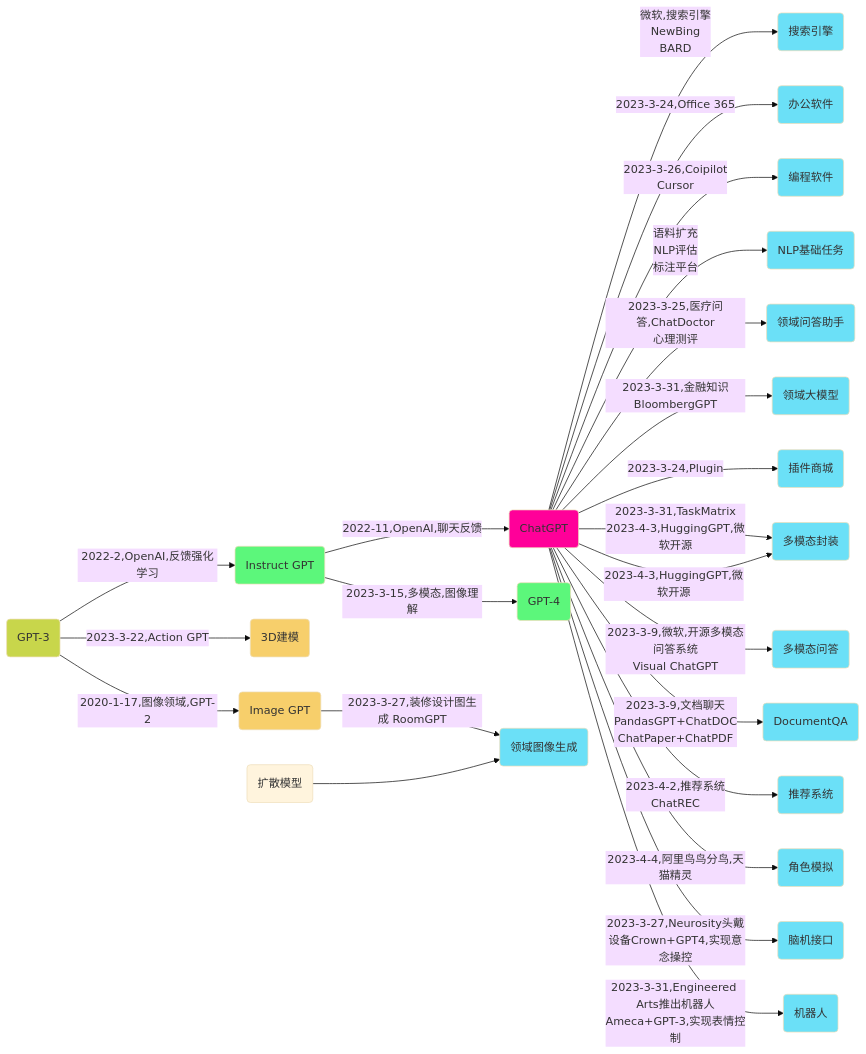
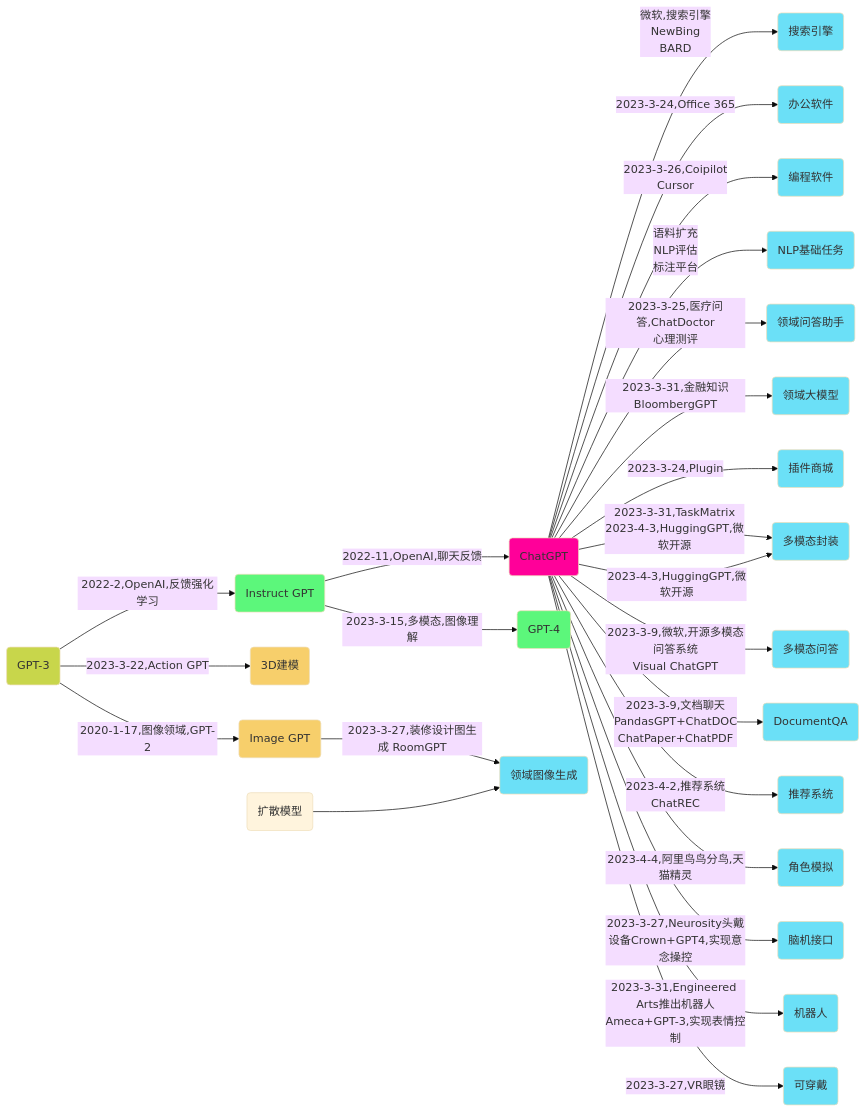
The diagram in _posts/2023-03-30-chatgpt-application.md (Gaohaoyang/gaohaoyang.github.io), drawn with Mermaid (base theme) before and after one commit. The commit also changed other lines of this file, not shown here.

Commit message:
可穿戴

```diff
--- a/_posts/2023-03-30-chatgpt-application.md
+++ b/_posts/2023-03-30-chatgpt-application.md
@@ -480,35 +479,36 @@
 <div class="mermaid">
     flowchart LR
     %% 节点颜色
     classDef red fill:#F09;
     classDef green fill:#5CF77B;
     classDef blue fill:#6BE0F7;
     classDef orange fill:#F7CF6B;
     classDef grass fill:#C8D64B;
     %%节点关系定义
     D(GPT-3):::grass
     D-->|2022-2,OpenAI,反馈强化学习|E(Instruct GPT):::green
     E-->|2022-11,OpenAI,聊天反馈|F(ChatGPT):::red
     E-->|2023-3-15,多模态,图像理解|G(GPT-4):::green
 
     D-->|2023-3-22,Action GPT|A(3D建模):::orange
     D-->|2020-1-17,图像领域,GPT-2|IG(Image GPT):::orange
 
     F-->|微软,搜索引擎\nNewBing\nBARD|F00(搜索引擎):::blue
     F-->|2023-3-24,Office 365|F01(办公软件):::blue
     F-->|2023-3-26,Coipilot\nCursor|F02(编程软件):::blue
     F-->|语料扩充\nNLP评估\n标注平台|F03(NLP基础任务):::blue
     F-->|2023-3-25,医疗问答,ChatDoctor\n心理测评|F1(领域问答助手):::blue
     IG-->|2023-3-27,装修设计图生成 RoomGPT|F2(领域图像生成):::blue
     V(扩散模型)-->F2
     F-->|2023-3-31,金融知识BloombergGPT|F3(领域大模型):::blue
     F-->|2023-3-24,Plugin|F4(插件商城):::blue
     F-->|2023-3-31,TaskMatrix\n2023-4-3,HuggingGPT,微软开源|F5(API驱动):::blue
     F-->|2023-4-3,HuggingGPT,微软开源|F5(多模态封装):::blue
     F-->|2023-3-9,微软,开源多模态问答系统\nVisual ChatGPT|F6(多模态问答):::blue
     F-->|2023-3-9,文档聊天\nPandasGPT+ChatDOC\nChatPaper+ChatPDF|F7(DocumentQA):::blue
     F-->|2023-4-2,推荐系统\nChatREC|F8(推荐系统):::blue
     F-->|2023-4-4,阿里鸟鸟分鸟,天猫精灵|F9(角色模拟):::blue
     F-->|2023-3-27,Neurosity头戴设备Crown+GPT4,实现意念操控|F10(脑机接口):::blue
     F-->|2023-3-31,Engineered Arts推出机器人Ameca+GPT-3,实现表情控制|F11(机器人):::blue
+    F-->|2023-3-27,VR眼镜|F12(可穿戴):::blue
 </div>
```
